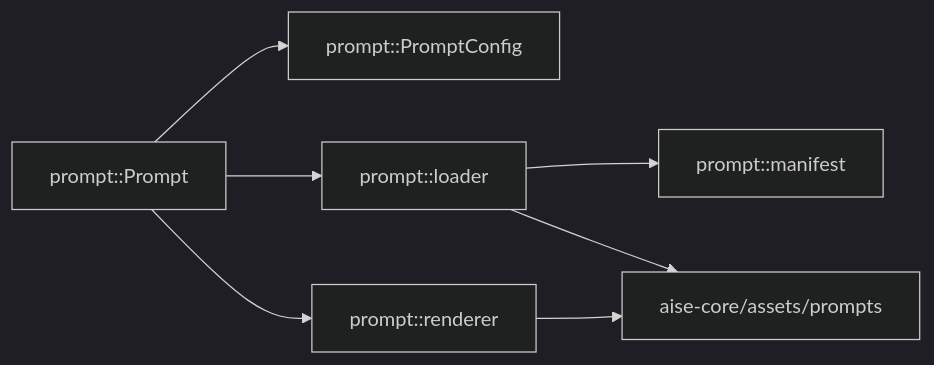
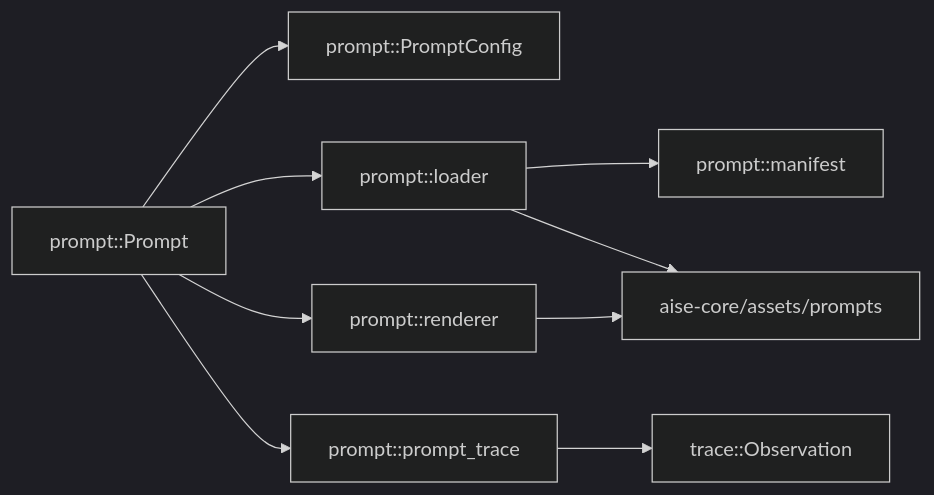
One commit to falconcali/aise changed the diagram in doc/refactor/2026-10-04-prompt-library-migration-refactor-gpt.md. Above: the diagram before and after it, drawn with Mermaid (dark theme). The commit also changed other lines of this file and 9 other files, not shown here.

````diff
--- a/doc/refactor/2026-10-04-prompt-library-migration-refactor-gpt.md
+++ b/doc/refactor/2026-10-04-prompt-library-migration-refactor-gpt.md
@@ -117,9 +119,11 @@
 ```mermaid
 flowchart LR
     Prompt["prompt::Prompt"] --> Config["prompt::PromptConfig"]
     Prompt --> Loader["prompt::loader"]
     Prompt --> Renderer["prompt::renderer"]
+    Prompt --> PromptTrace["prompt::prompt_trace"]
+    PromptTrace --> Trace["trace::Observation"]
     Loader --> Manifest["prompt::manifest"]
     Loader --> Assets["aise-core/assets/prompts"]
     Renderer --> Assets
 ```
````
